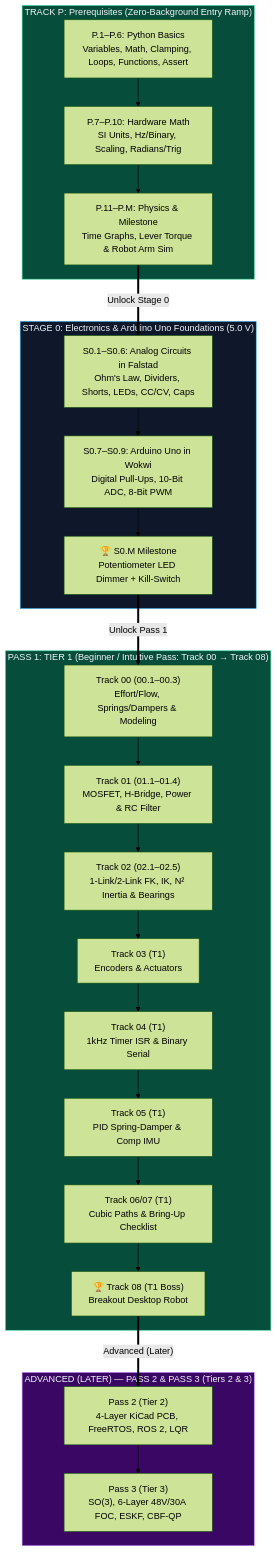
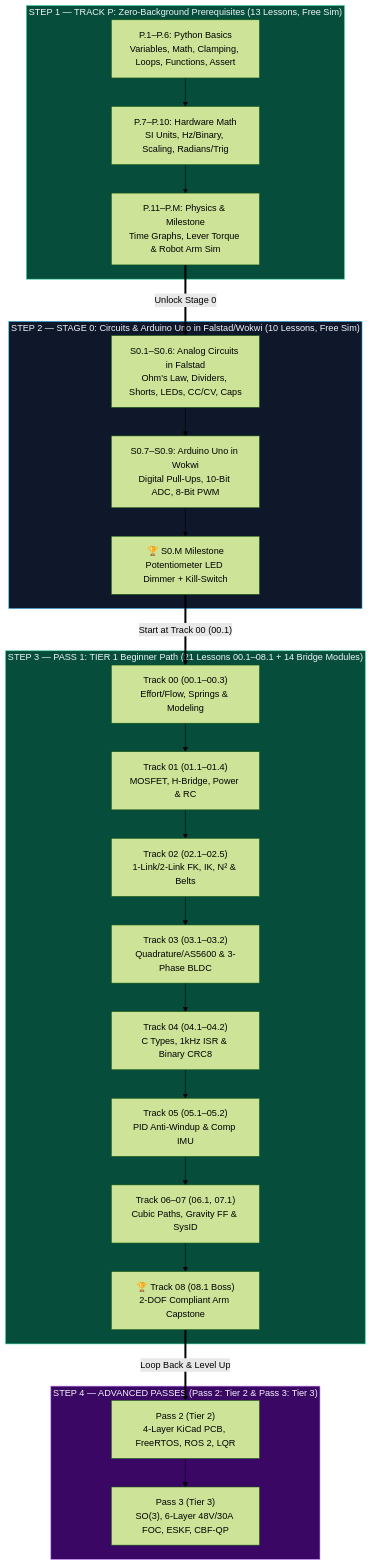
Before and after one commit to TLE47/Mechatronics-Roadmap: the diagram in README.md, drawn with Mermaid (forest theme). The commit also changed other lines of this file and 78 other files, not shown here.

````diff
--- a/README.md
+++ b/README.md
@@ -121,27 +34,27 @@
 ```mermaid
 flowchart TB
-    subgraph TP["TRACK P: Prerequisites (Zero-Background Entry Ramp)"]
+    subgraph TP["STEP 1 — TRACK P: Zero-Background Prerequisites (13 Lessons, Free Sim)"]
         TP_1["P.1–P.6: Python Basics<br/>Variables, Math, Clamping, Loops, Functions, Assert"] --> TP_2["P.7–P.10: Hardware Math<br/>SI Units, Hz/Binary, Scaling, Radians/Trig"] --> TP_3["P.11–P.M: Physics & Milestone<br/>Time Graphs, Lever Torque & Robot Arm Sim"]
     end
 
-    subgraph L0["STAGE 0: Electronics & Arduino Uno Foundations (5.0 V)"]
+    subgraph L0["STEP 2 — STAGE 0: Circuits & Arduino Uno in Falstad/Wokwi (10 Lessons, Free Sim)"]
         L0_1["S0.1–S0.6: Analog Circuits in Falstad<br/>Ohm's Law, Dividers, Shorts, LEDs, CC/CV, Caps"] --> L0_2["S0.7–S0.9: Arduino Uno in Wokwi<br/>Digital Pull-Ups, 10-Bit ADC, 8-Bit PWM"] --> L0_3["🏆 S0.M Milestone<br/>Potentiometer LED Dimmer + Kill-Switch"]
     end
 
-    subgraph P1["PASS 1: TIER 1 (Beginner / Intuitive Pass: Track 00 → Track 08)"]
-        T1_0["Track 00 (00.1–00.3)<br/>Effort/Flow, Springs/Dampers & Modeling"] --> T1_1["Track 01 (01.1–01.4)<br/>MOSFET, H-Bridge, Power & RC Filter"] --> T1_2["Track 02 (02.1–02.5)<br/>1-Link/2-Link FK, IK, N² Inertia & Bearings"] --> T1_3["Track 03 (T1)<br/>Encoders & Actuators"] --> T1_4["Track 04 (T1)<br/>1kHz Timer ISR & Binary Serial"] --> T1_5["Track 05 (T1)<br/>PID Spring-Damper & Comp IMU"] --> T1_6["Track 06/07 (T1)<br/>Cubic Paths & Bring-Up Checklist"] --> T1_8["🏆 Track 08 (T1 Boss)<br/>Breakout Desktop Robot"]
+    subgraph P1["STEP 3 — PASS 1: TIER 1 Beginner Path (21 Lessons 00.1–08.1 + 14 Bridge Modules)"]
+        T1_0["Track 00 (00.1–00.3)<br/>Effort/Flow, Springs & Modeling"] --> T1_1["Track 01 (01.1–01.4)<br/>MOSFET, H-Bridge, Power & RC"] --> T1_2["Track 02 (02.1–02.5)<br/>1-Link/2-Link FK, IK, N² & Belts"] --> T1_3["Track 03 (03.1–03.2)<br/>Quadrature/AS5600 & 3-Phase BLDC"] --> T1_4["Track 04 (04.1–04.2)<br/>C Types, 1kHz ISR & Binary CRC8"] --> T1_5["Track 05 (05.1–05.2)<br/>PID Anti-Windup & Comp IMU"] --> T1_6["Track 06–07 (06.1, 07.1)<br/>Cubic Paths, Gravity FF & SysID"] --> T1_8["🏆 Track 08 (08.1 Boss)<br/>2-DOF Compliant Arm Capstone"]
     end
 
-    subgraph P2["ADVANCED (LATER) — PASS 2 & PASS 3 (Tiers 2 & 3)"]
+    subgraph P2["STEP 4 — ADVANCED PASSES (Pass 2: Tier 2 & Pass 3: Tier 3)"]
         T2_0["Pass 2 (Tier 2)<br/>4-Layer KiCad PCB, FreeRTOS, ROS 2, LQR"] --> T3_0["Pass 3 (Tier 3)<br/>SO(3), 6-Layer 48V/30A FOC, ESKF, CBF-QP"]
     end
 
     TP_3 ==>|"Unlock Stage 0"| L0_1
-    L0_3 ==>|"Unlock Pass 1"| T1_0
-    T1_8 ==>|"Advanced (Later)"| T2_0
+    L0_3 ==>|"Start at Track 00 (00.1)"| T1_0
+    T1_8 ==>|"Loop Back & Level Up"| T2_0
 
     style TP fill:#064e3b,stroke:#34d399,color:#f1f5f9
     style L0 fill:#0f172a,stroke:#38bdf8,color:#f1f5f9
     style P1 fill:#064e3b,stroke:#34d399,color:#f1f5f9
     style P2 fill:#3b0764,stroke:#c084fc,color:#f1f5f9
 ```
````
